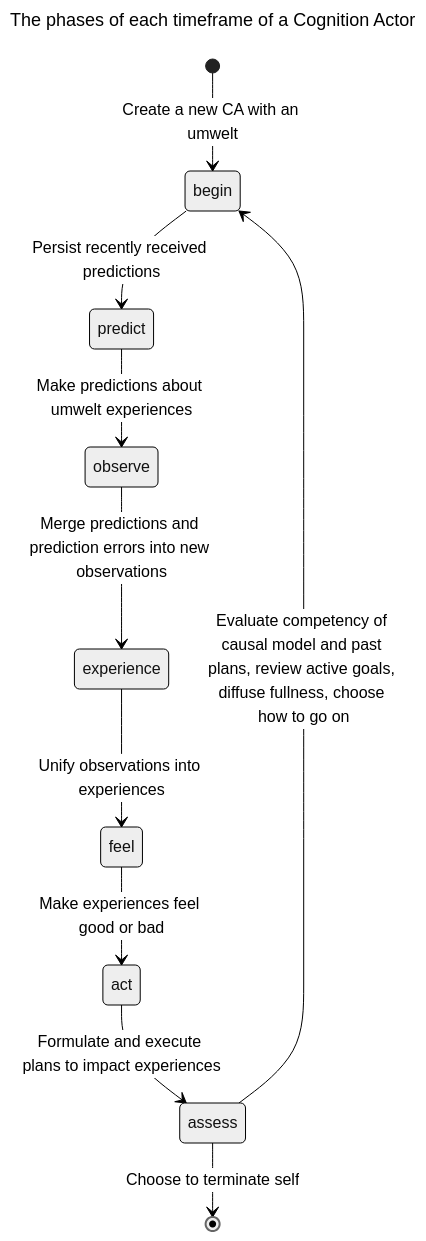
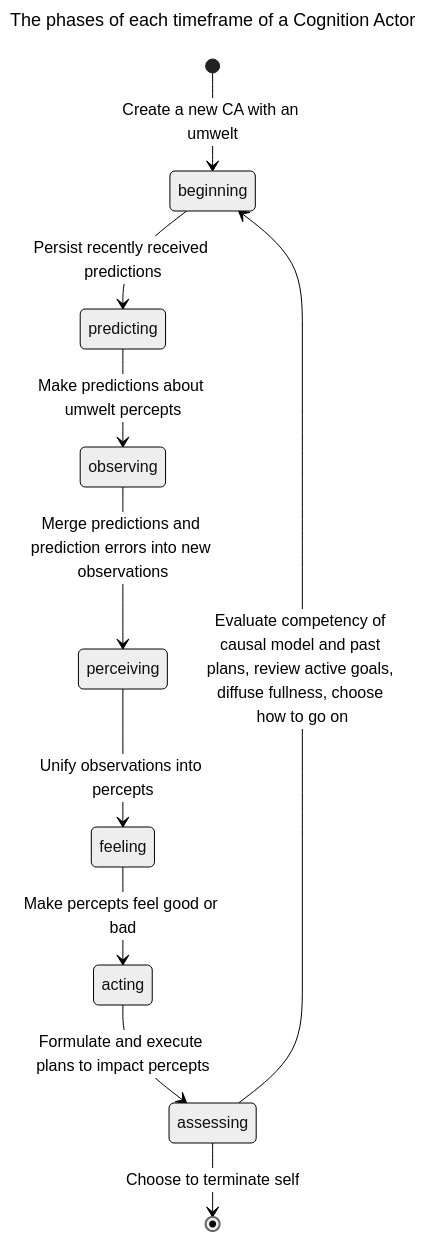
One commit to jfcloutier/karma_system changed the diagram in design_notes/cognition_actors.md. Above: the diagram before and after it, drawn with Mermaid (neutral theme). The commit also changed other lines of this file and 24 other files, not shown here.

Commit message:
Reviewd symposium narrative - experiences vs percepts

````diff
--- a/design_notes/cognition_actors.md
+++ b/design_notes/cognition_actors.md
@@ -127,15 +127,15 @@
 ```mermaid
 ---
 title: The phases of each timeframe of a Cognition Actor
 ---
 stateDiagram-v2
-    [*] --> begin : Create a new CA with an umwelt
-    begin --> predict: Persist recently received predictions
-    predict --> observe: Make predictions about umwelt experiences
-    observe --> experience: Merge predictions and prediction errors into new observations
-    experience --> feel: Unify observations into experiences
-    feel --> act: Make experiences feel good or bad
-    act --> assess: Formulate and execute plans to impact experiences
-    assess --> begin: Evaluate competency of causal model and past plans, review active goals, diffuse fullness, choose how to go on
-    assess --> [*]: Choose to terminate self
+    [*] --> beginning : Create a new CA with an umwelt
+    beginning --> predicting: Persist recently received predictions
+    predicting --> observing: Make predictions about umwelt percepts
+    observing --> perceiving: Merge predictions and prediction errors into new observations
+    perceiving --> feeling: Unify observations into percepts
+    feeling --> acting: Make percepts feel good or bad
+    acting --> assessing: Formulate and execute plans to impact percepts
+    assessing --> beginning: Evaluate competency of causal model and past plans, review active goals, diffuse fullness, choose how to go on
+    assessing --> [*]: Choose to terminate self
 ```
````
